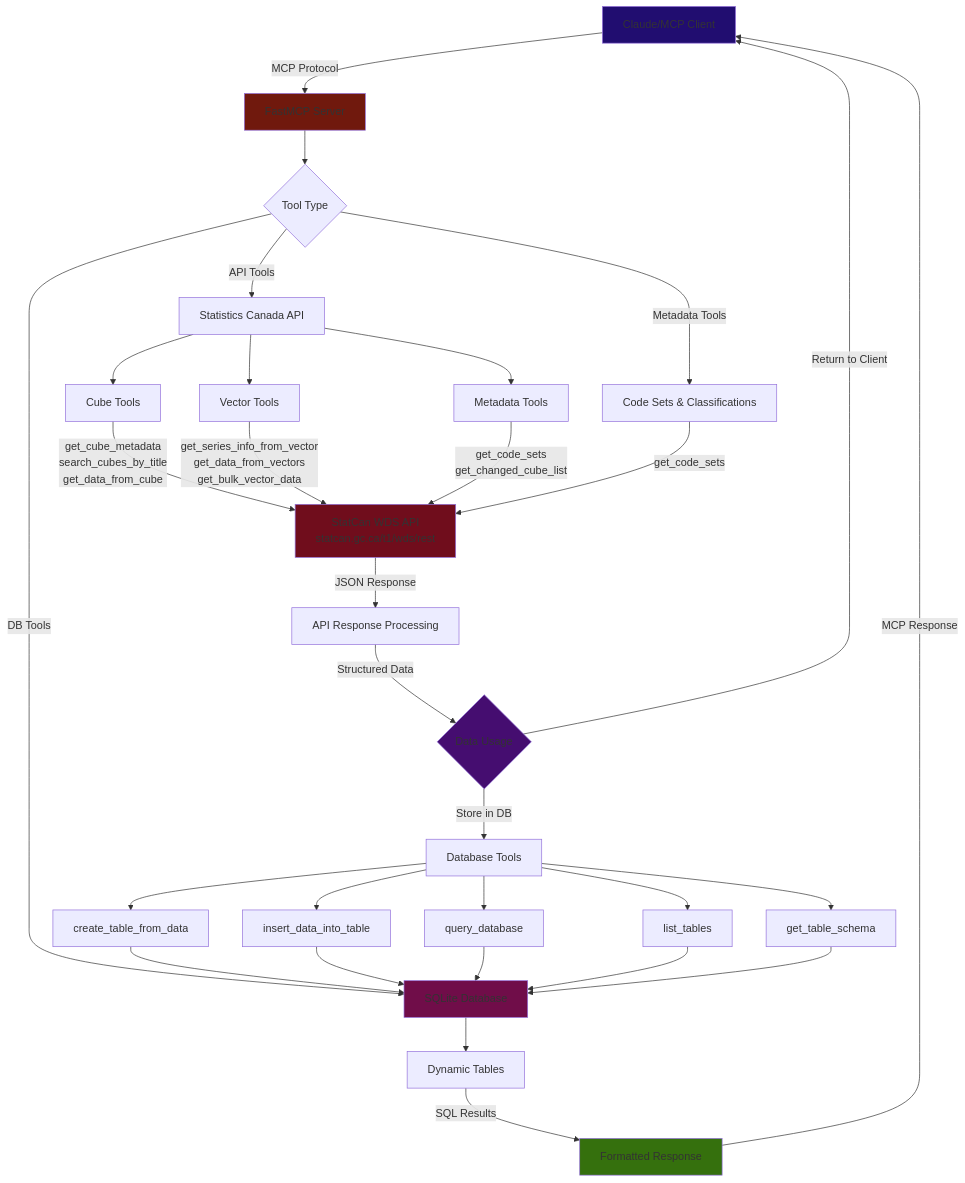
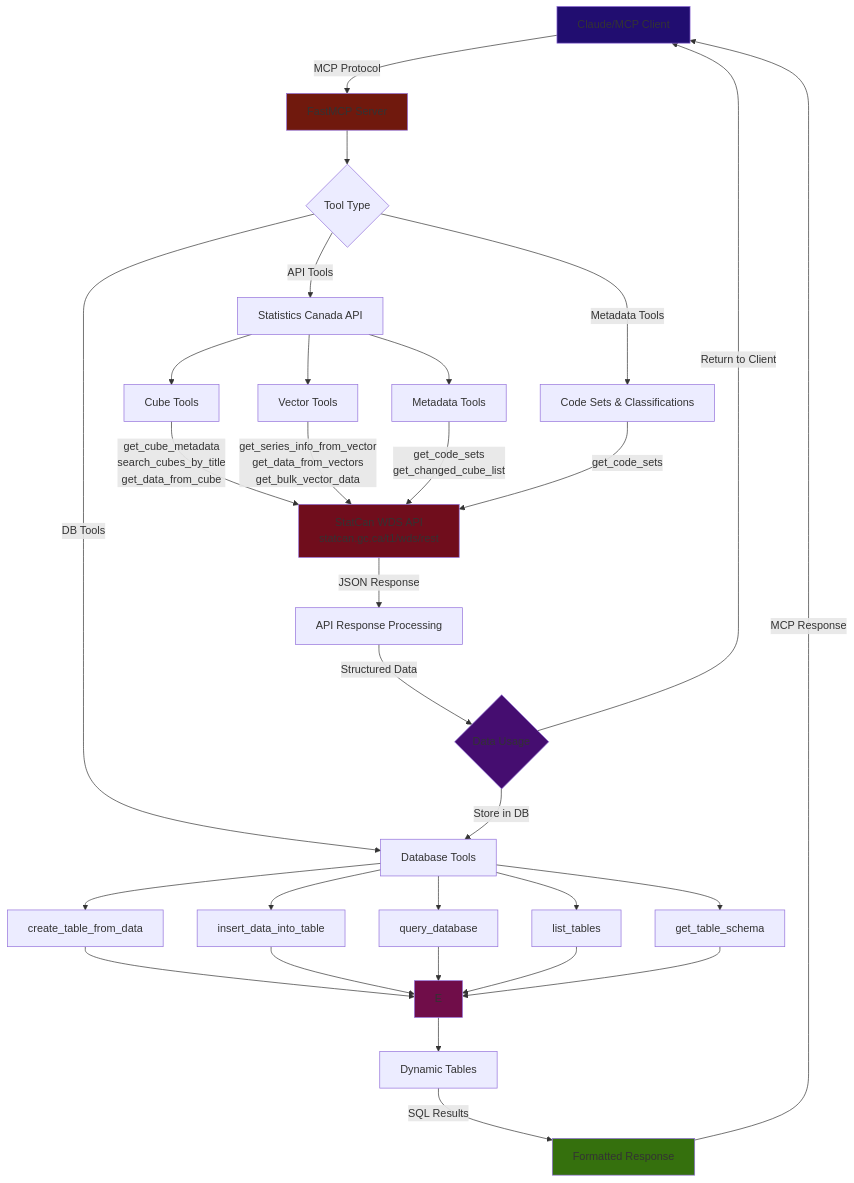
The diagram in IMPLEMENTATIONS.md (Aryan-Jhaveri/mcp-statcan), drawn with Mermaid before and after one commit.

Commit message:
Updated mermaid chart IMPLEMENTATIONS.md

````diff
--- a/IMPLEMENTATIONS.md
+++ b/IMPLEMENTATIONS.md
@@ -19,48 +19,48 @@
 ```mermaid
 flowchart TD
     A[Claude/MCP Client] -->|MCP Protocol| B[FastMCP Server]
     
     B --> C{Tool Type}
     C -->|API Tools| D[Statistics Canada API]
-    C -->|DB Tools| E[SQLite Database]
+    C -->|DB Tools| M[Database Tools]
     C -->|Metadata Tools| F[Code Sets & Classifications]
     
     D --> G[Cube Tools]
     D --> H[Vector Tools]
     D --> I[Metadata Tools]
     
     G -->|get_cube_metadata<br/>search_cubes_by_title<br/>get_data_from_cube| J[StatCan WDS API<br/>statcan.gc.ca/t1/wds/rest]
     H -->|get_series_info_from_vector<br/>get_data_from_vectors<br/>get_bulk_vector_data| J
     I -->|get_code_sets<br/>get_changed_cube_list| J
     
     J -->|JSON Response| K[API Response Processing]
     K -->|Structured Data| L{Data Usage}
     L -->|Return to Client| A
     L -->|Store in DB| M[Database Tools]
     
     M --> N[create_table_from_data]
     M --> O[insert_data_into_table] 
     M --> P[query_database]
     M --> Q[list_tables]
     M --> R[get_table_schema]
     
     N --> E
     O --> E
     P --> E
     Q --> E
     R --> E
     
     E --> S[Dynamic Tables]
     
     S -->|SQL Results| T[Formatted Response]
     T -->|MCP Response| A
     
     F -->|get_code_sets| J
     
     style A fill:#210d70
     style B fill:#70190d
     style E fill:#700d49
     style L fill:#450d70
     style T fill:#35700d
     style J fill:#700d1c
 ```
````
